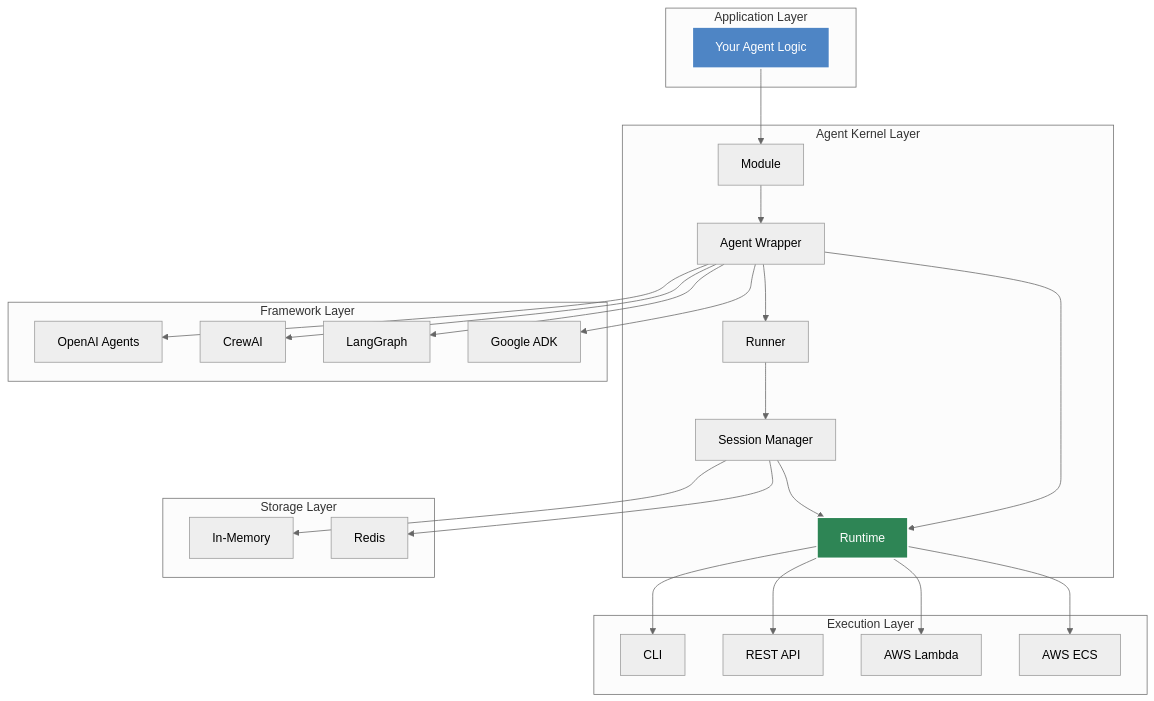
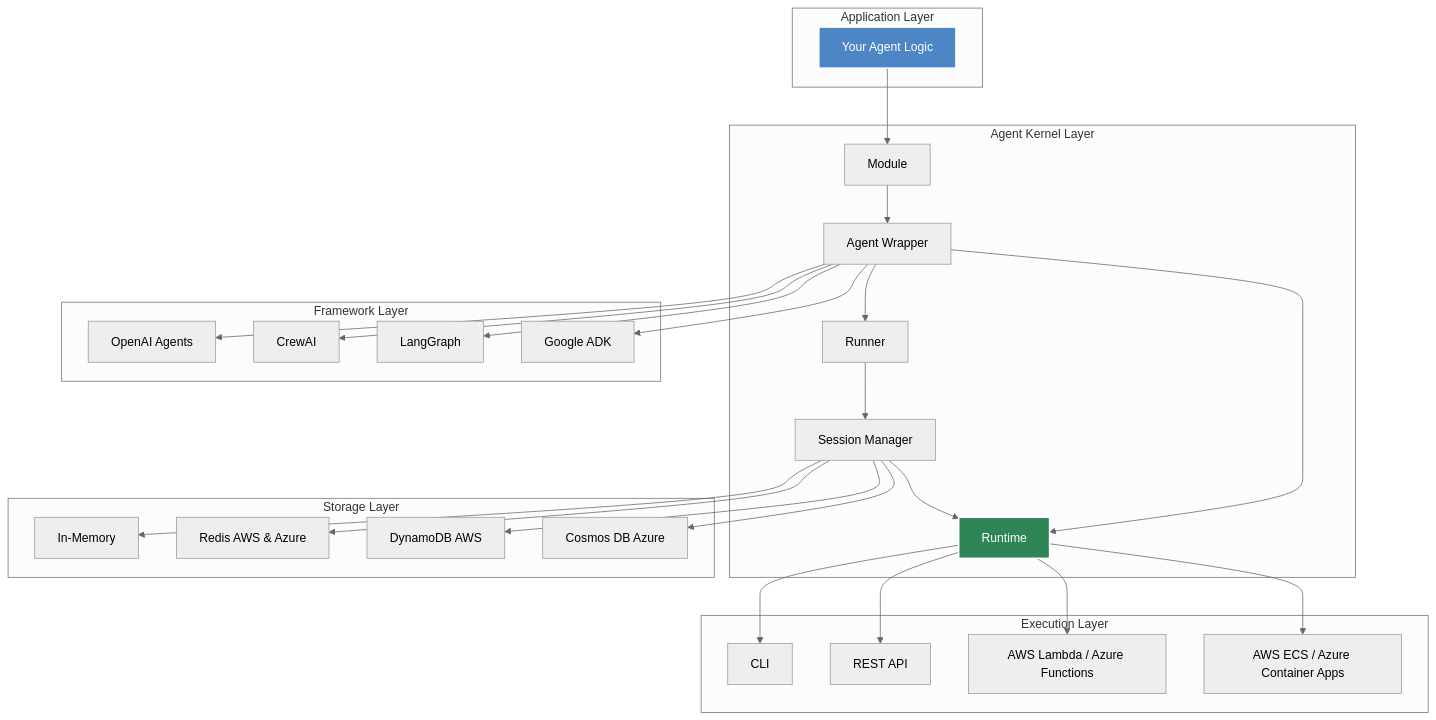
Before and after one commit to yaalalabs/agent-kernel: the first of 2 diagrams in docs/docs/architecture/overview.md, drawn with Mermaid (neutral theme). The commit also changed other lines of this file and 7 other files, not shown here.

````diff
--- a/docs/docs/architecture/overview.md
+++ b/docs/docs/architecture/overview.md
@@ -11,56 +11,60 @@
 ```mermaid
 graph TB
     subgraph "Application Layer"
         A[Your Agent Logic]
     end
     
     subgraph "Agent Kernel Layer"
         B[Module]
         C[Agent Wrapper]
         D[Runner]
         E[Session Manager]
         F[Runtime]
     end
     
     subgraph "Framework Layer"
         G[OpenAI Agents]
         H[CrewAI]
         I[LangGraph]
         J[Google ADK]
     end
     
     subgraph "Storage Layer"
         K[In-Memory]
-        L[Redis]
+        L[Redis AWS & Azure]
+        M[DynamoDB AWS]
+        N[Cosmos DB Azure]
     end
     
     subgraph "Execution Layer"
         O[CLI]
         P[REST API]
-        Q[AWS Lambda]
-        R[AWS ECS]
+        Q[AWS Lambda / Azure Functions]
+        R[AWS ECS / Azure Container Apps]
     end
     
     A --> B
     B --> C
     C --> D
     D --> E
     C --> F
     E --> F
     
     C --> G
     C --> H
     C --> I
     C --> J
     
     E --> K
     E --> L
+    E --> M
+    E --> N
     
     F --> O
     F --> P
     F --> Q
     F --> R
 
     style A fill:#4e85c5,stroke:#fff,stroke-width:2px,color:#fff    
     style F fill:#2e8555,stroke:#fff,stroke-width:2px,color:#fff
 ```
````
